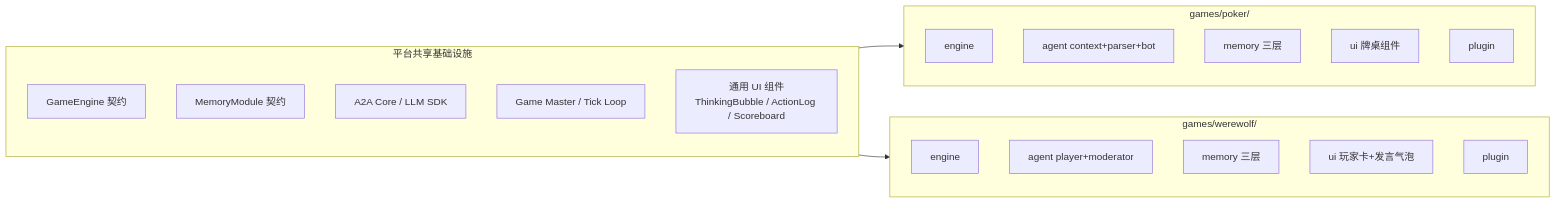
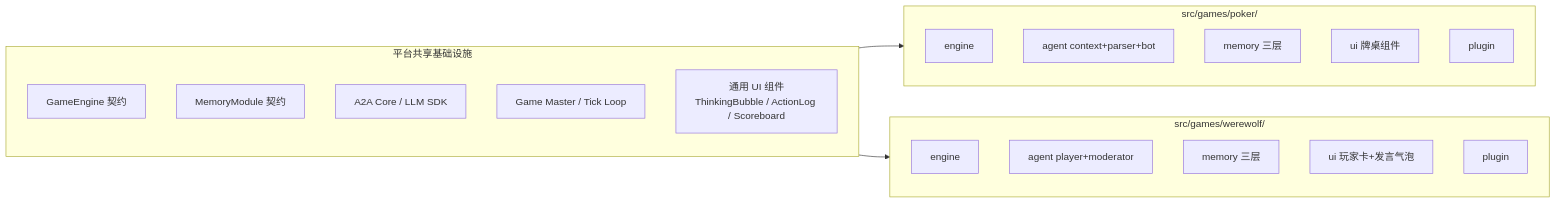
The fourth of 14 diagrams in docs/superpowers/specs/2026-05-06-colosseum-rewrite-brief.md (Piaoxuemoli/Colosseum), drawn with Mermaid before and after one commit. The commit also changed 581 other files, not shown here.

Commit message:
refactor(project): reorganize into src/{frontend,backend,platform,games} + archive

````diff
--- a/docs/superpowers/specs/2026-05-06-colosseum-rewrite-brief.md
+++ b/docs/superpowers/specs/2026-05-06-colosseum-rewrite-brief.md
@@ -97,29 +97,29 @@
 ```mermaid
 flowchart LR
   subgraph 平台共享[平台共享基础设施]
     A[GameEngine 契约]
     B[MemoryModule 契约]
     C[A2A Core / LLM SDK]
     D[Game Master / Tick Loop]
     E[通用 UI 组件<br/>ThinkingBubble / ActionLog / Scoreboard]
   end
 
-  subgraph 德扑自治[games/poker/]
+  subgraph 德扑自治[src/games/poker/]
     P1[engine]
     P2[agent context+parser+bot]
     P3[memory 三层]
     P4[ui 牌桌组件]
     P5[plugin]
   end
 
-  subgraph 狼人杀自治[games/werewolf/]
+  subgraph 狼人杀自治[src/games/werewolf/]
     W1[engine]
     W2[agent player+moderator]
     W3[memory 三层]
     W4[ui 玩家卡+发言气泡]
     W5[plugin]
   end
 
   平台共享 --> 德扑自治
   平台共享 --> 狼人杀自治
 ```
````
